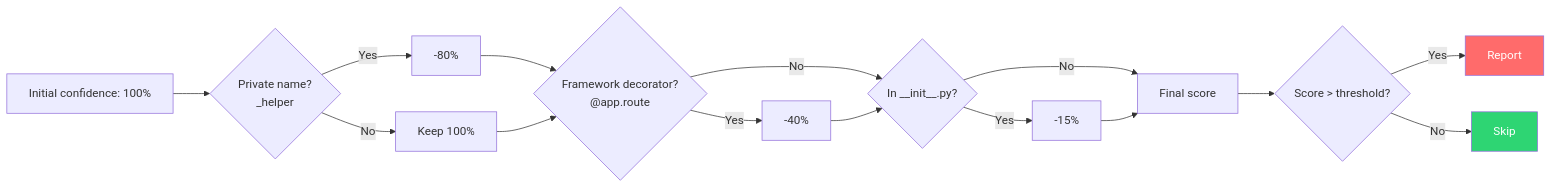
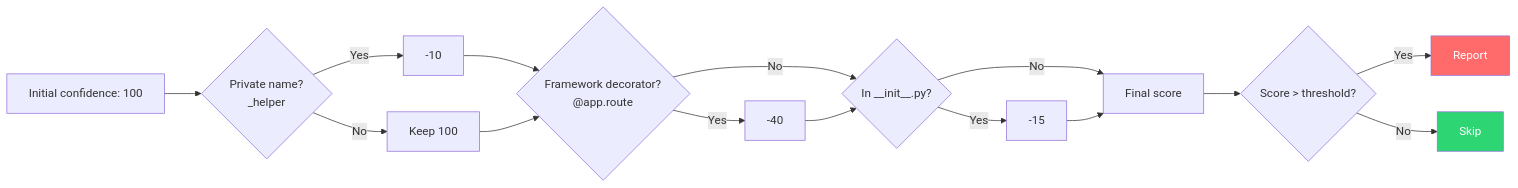
The fifth of 6 diagrams in docs/guides/how-it-works.mdx (duriantaco/skylos-docs), drawn with Mermaid before and after one commit. The commit also changed 17 other files, not shown here.

````diff
--- a/docs/guides/how-it-works.mdx
+++ b/docs/guides/how-it-works.mdx
@@ -211,24 +211,24 @@
 ```mermaid
 flowchart LR
-    A["Initial confidence: 100%"] --> B{"Private name? <br> _helper"}
-    B -->|Yes| C["-80%"]
-    B -->|No| D["Keep 100%"]
-    
+    A["Initial confidence: 100"] --> B{"Private name? <br> _helper"}
+    B -->|Yes| C["-10"]
+    B -->|No| D["Keep 100"]
+
     C --> E{"Framework decorator? <br> @app.route"}
     D --> E
-    
-    E -->|Yes| F["-40%"]
+
+    E -->|Yes| F["-40"]
     E -->|No| G{"In __init__.py?"}
-    
+
     F --> G
-    G -->|Yes| H["-15%"]
+    G -->|Yes| H["-15"]
     G -->|No| I["Final score"]
     H --> I
     
     I --> J{"Score > threshold?"}
     J -->|Yes| K["Report"]
     J -->|No| L["Skip"]
     
     style K fill:#ff6b6b,color:#fff
     style L fill:#2ed573,color:#fff
 ```
````
